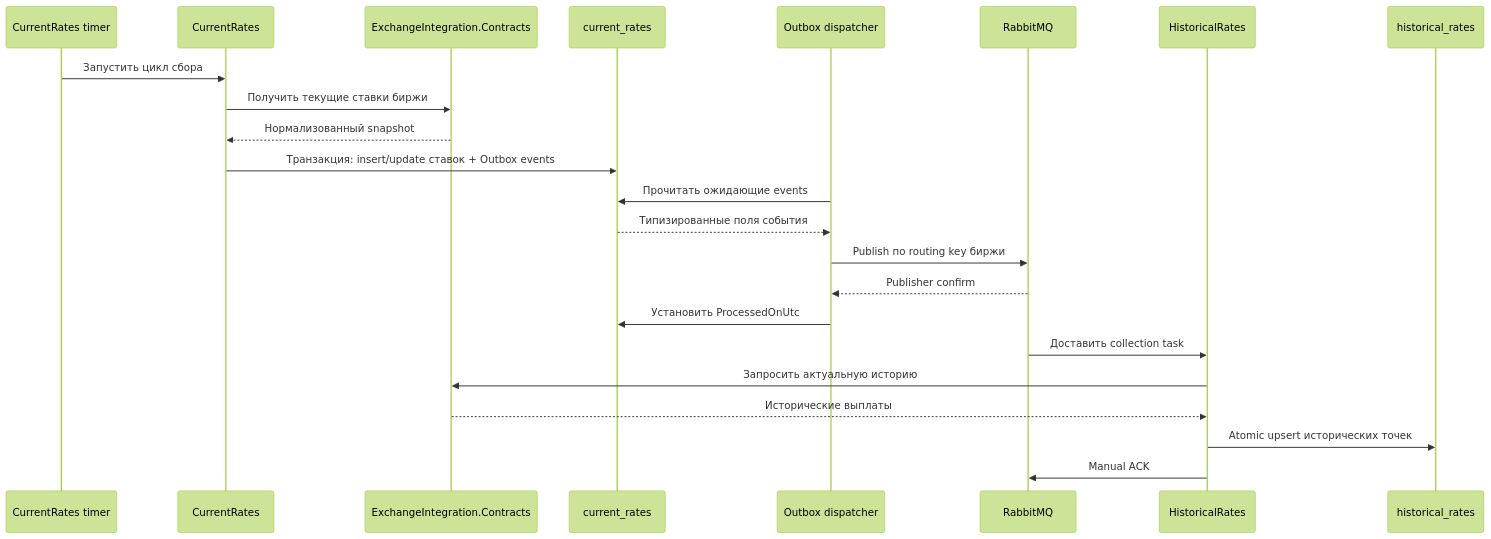
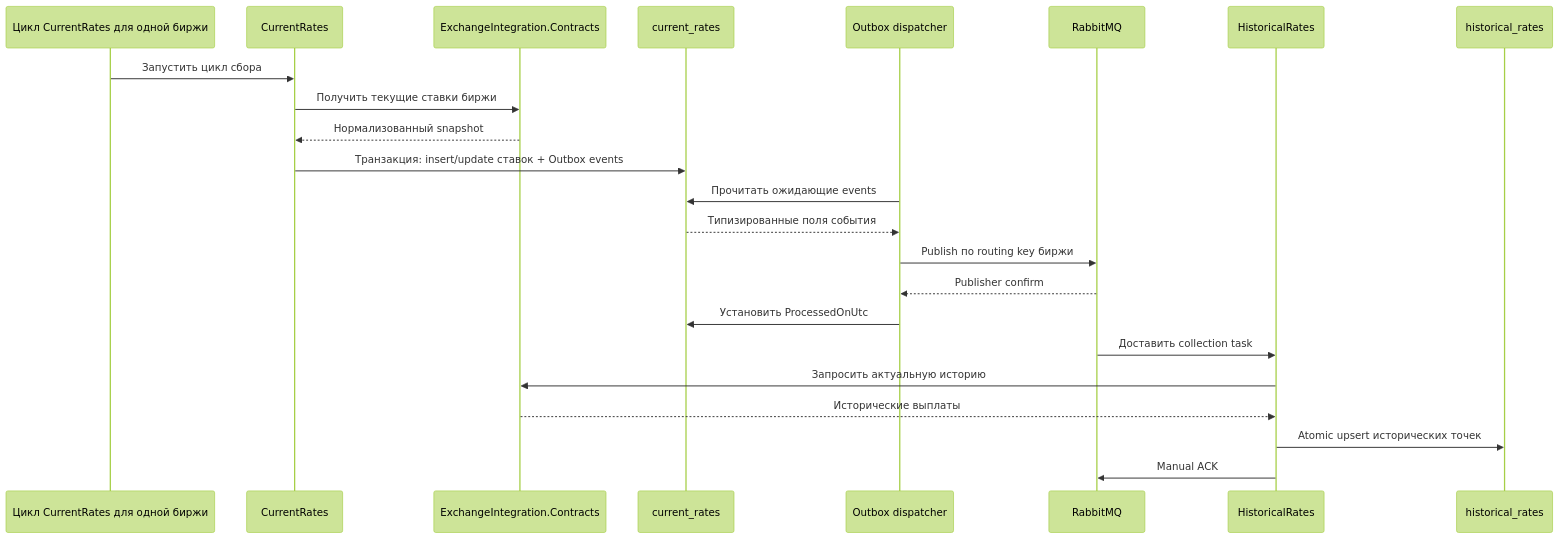
The first of 4 diagrams in docs/architecture/scenarios.md (Grigory50012/FundingMonitor), drawn with Mermaid (forest theme) before and after one commit. The commit also changed 13 other files, not shown here.

Commit message:
refactor: collect current rates independently per exchange

````diff
--- a/docs/architecture/scenarios.md
+++ b/docs/architecture/scenarios.md
@@ -7,25 +7,25 @@
 ```mermaid
 sequenceDiagram
-    participant Timer as CurrentRates timer
+    participant Timer as Цикл CurrentRates для одной биржи
     participant CR as CurrentRates
     participant EI as ExchangeIntegration.Contracts
     participant DB as current_rates
     participant O as Outbox dispatcher
     participant Q as RabbitMQ
     participant HR as HistoricalRates
     participant HDB as historical_rates
     Timer->>CR: Запустить цикл сбора
     CR->>EI: Получить текущие ставки биржи
     EI-->>CR: Нормализованный snapshot
     CR->>DB: Транзакция: insert/update ставок + Outbox events
     O->>DB: Прочитать ожидающие events
     DB-->>O: Типизированные поля события
     O->>Q: Publish по routing key биржи
     Q-->>O: Publisher confirm
     O->>DB: Установить ProcessedOnUtc
     Q->>HR: Доставить collection task
     HR->>EI: Запросить актуальную историю
     EI-->>HR: Исторические выплаты
     HR->>HDB: Atomic upsert исторических точек
     HR->>Q: Manual ACK
 ```
````
